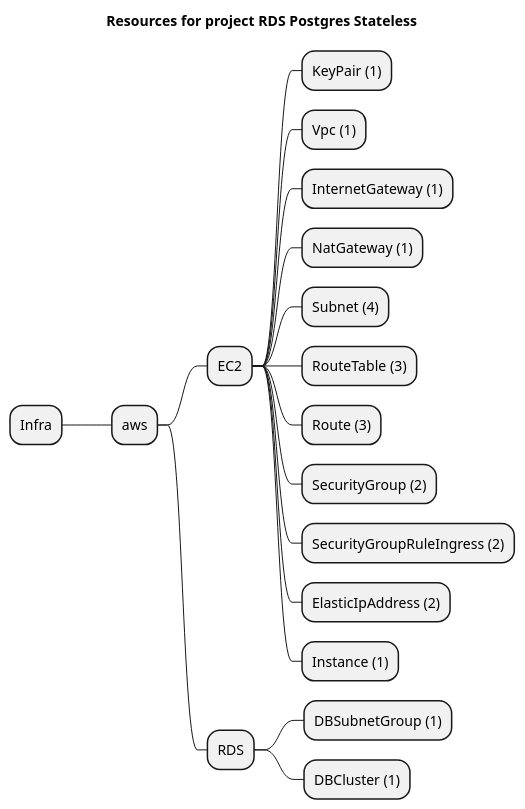
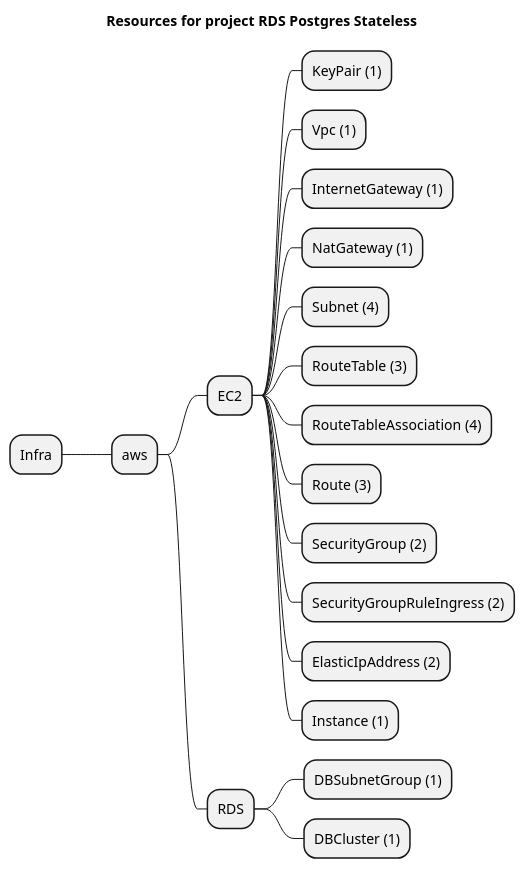
Before and after one commit to grucloud/grucloud: the diagram in examples/aws/rds/postgres-stateless/artifacts/resources-mindmap.puml, drawn with PlantUML. The commit also changed 46 other files, not shown here.

```diff
--- a/examples/aws/rds/postgres-stateless/artifacts/resources-mindmap.puml
+++ b/examples/aws/rds/postgres-stateless/artifacts/resources-mindmap.puml
@@ -1,21 +1,22 @@
 @startmindmap
 title Resources for project RDS Postgres Stateless
 skinparam monochrome true
 + Infra
 ++ aws
 +++ EC2
 ++++ KeyPair (1)
 ++++ Vpc (1)
 ++++ InternetGateway (1)
 ++++ NatGateway (1)
 ++++ Subnet (4)
 ++++ RouteTable (3)
+++++ RouteTableAssociation (4)
 ++++ Route (3)
 ++++ SecurityGroup (2)
 ++++ SecurityGroupRuleIngress (2)
 ++++ ElasticIpAddress (2)
 ++++ Instance (1)
 +++ RDS
 ++++ DBSubnetGroup (1)
 ++++ DBCluster (1)
 @endmindmap
```
